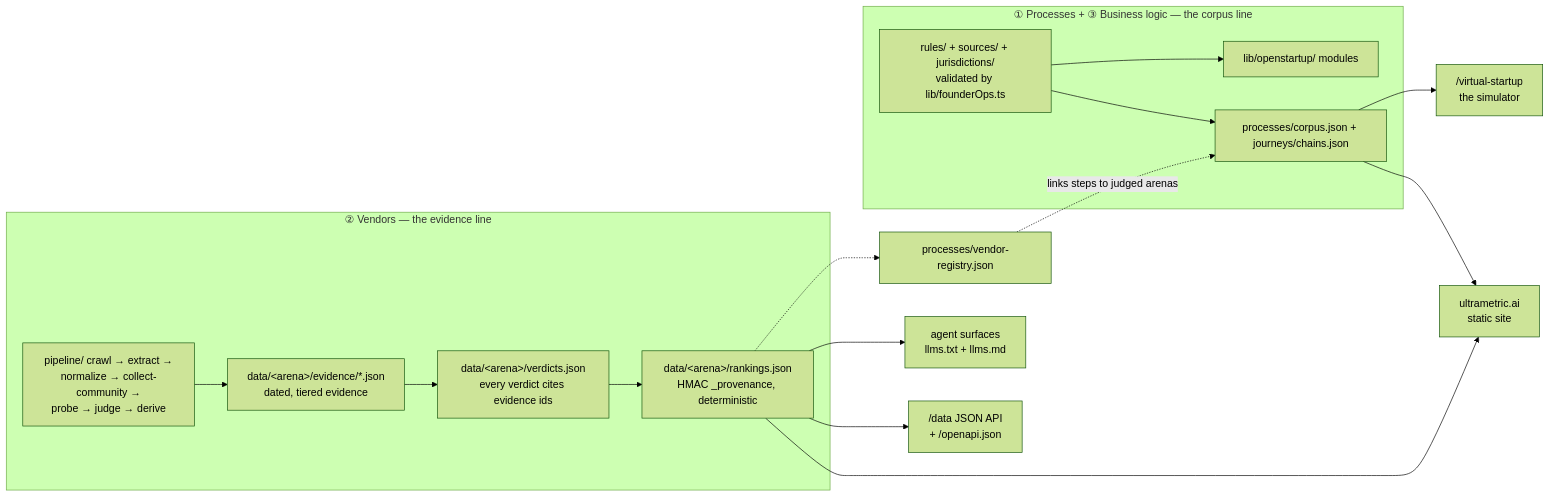
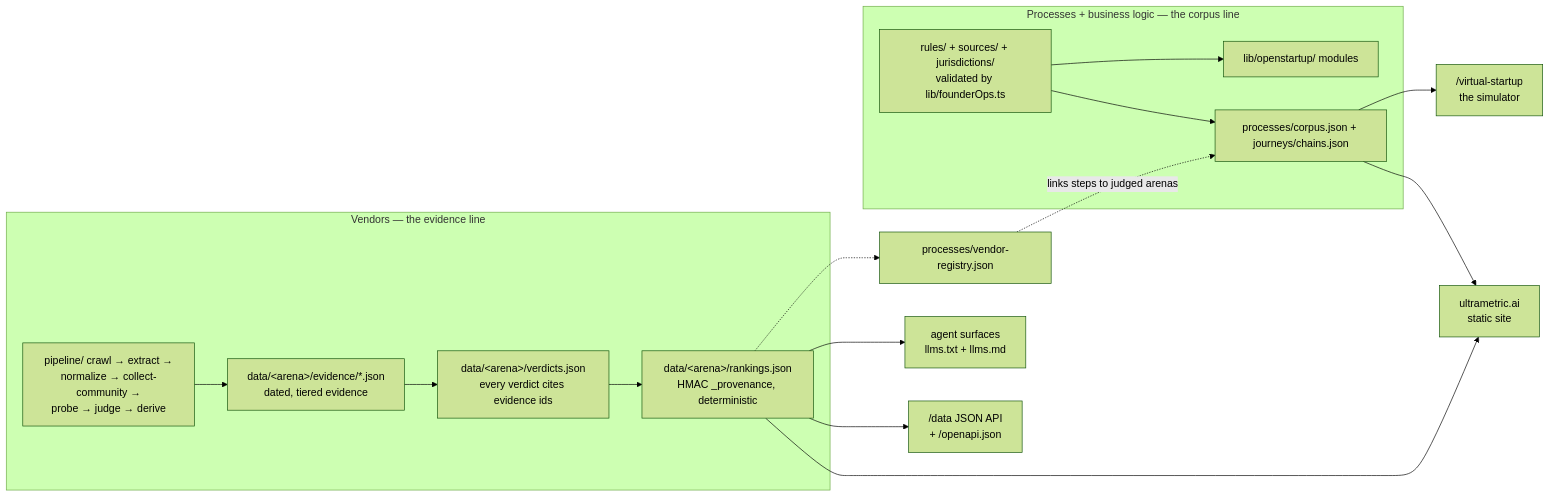
The diagram in README.md (ultrametricai/productarena), drawn with Mermaid (forest theme) before and after one commit. The commit also changed other lines of this file and 1 other file, not shown here.

Commit message:
README top rebuilt for signal: badges out of the hero (stats to Freshness, CI to Local dev, licenses to License), thesis + Use/Build/Add lines up top, 'three pillars' wrapper and circled numbers dropped for plain Processes/Vendors/Business logic sections, 'How it fits together' → 'How it works'

````diff
--- a/README.md
+++ b/README.md
@@ -186,24 +160,24 @@
 ```mermaid
 flowchart LR
-  subgraph vendors ["② Vendors — the evidence line"]
+  subgraph vendors ["Vendors — the evidence line"]
     crawl["pipeline/ crawl → extract →<br/>normalize → collect-community →<br/>probe → judge → derive"]
     evidence["data/&lt;arena&gt;/evidence/*.json<br/>dated, tiered evidence"]
     verdicts["data/&lt;arena&gt;/verdicts.json<br/>every verdict cites evidence ids"]
     rankings["data/&lt;arena&gt;/rankings.json<br/>HMAC _provenance, deterministic"]
     crawl --> evidence --> verdicts --> rankings
   end
-  subgraph corpus ["① Processes + ③ Business logic — the corpus line"]
+  subgraph corpus ["Processes + business logic — the corpus line"]
     procs["processes/corpus.json + journeys/chains.json"]
     rules["rules/ + sources/ + jurisdictions/<br/>validated by lib/founderOps.ts"]
     modules["lib/openstartup/ modules"]
     rules --> procs
     rules --> modules
   end
   rankings --> site["ultrametric.ai<br/>static site"]
   rankings --> api["/data JSON API<br/>+ /openapi.json"]
   rankings --> agents["agent surfaces<br/>llms.txt + llms.md"]
   procs --> site
   procs --> sim["/virtual-startup<br/>the simulator"]
   registry["processes/vendor-registry.json"] -. links steps to judged arenas .-> procs
   rankings -.-> registry
 ```
````
